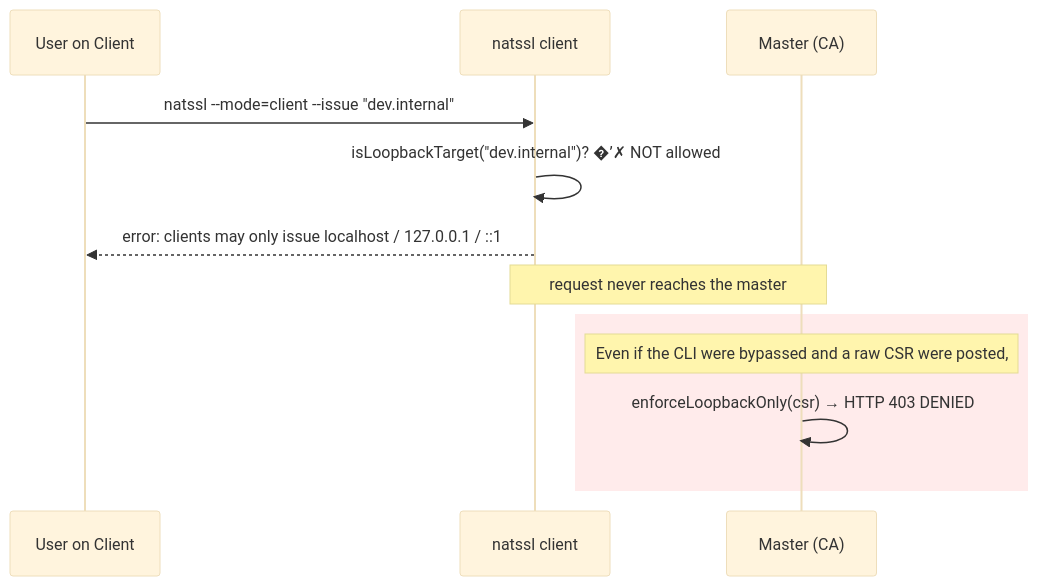
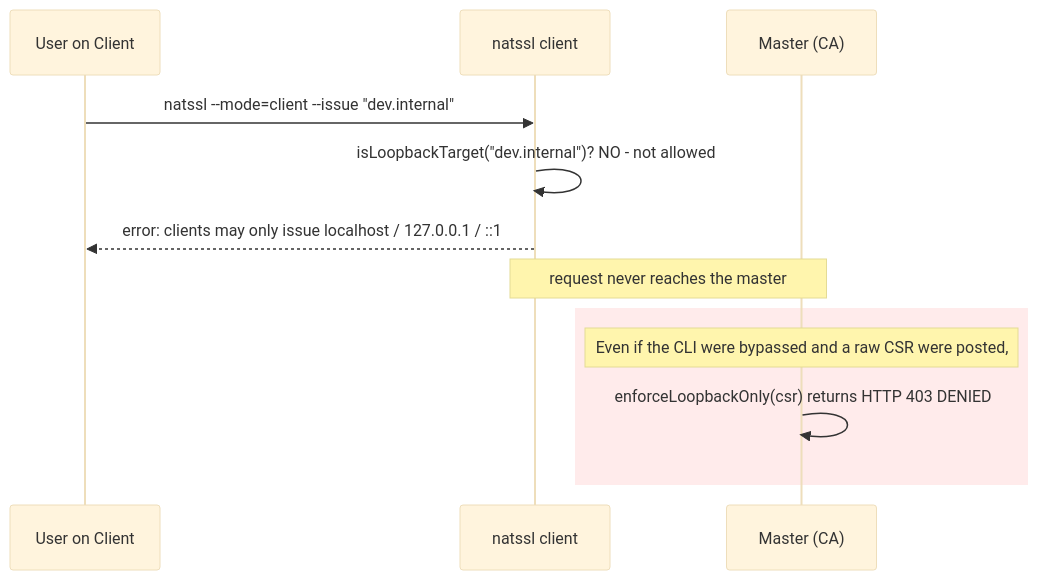
Before and after one commit to iskyneon/natssl: the third of 4 diagrams in docs/DEPLOYMENT.md, drawn with Mermaid (base theme). The commit also changed 1 other file, not shown here.

````diff
--- a/docs/DEPLOYMENT.md
+++ b/docs/DEPLOYMENT.md
@@ -150,16 +150,16 @@
 ```mermaid
 sequenceDiagram
     participant U as User on Client
     participant C as natssl client
     participant M as Master (CA)
 
     U->>C: natssl --mode=client --issue "dev.internal"
-    C->>C: isLoopbackTarget("dev.internal")? �’✗ NOT allowed
+    C->>C: isLoopbackTarget("dev.internal")? NO - not allowed
     C-->>U: error: clients may only issue localhost / 127.0.0.1 / ::1
     Note over C,M: request never reaches the master
 
     rect rgb(255, 235, 235)
     Note over M: Even if the CLI were bypassed and a raw CSR were posted,
-    M->>M: enforceLoopbackOnly(csr) → HTTP 403 DENIED
+    M->>M: enforceLoopbackOnly(csr) returns HTTP 403 DENIED
     end
 ```
````
